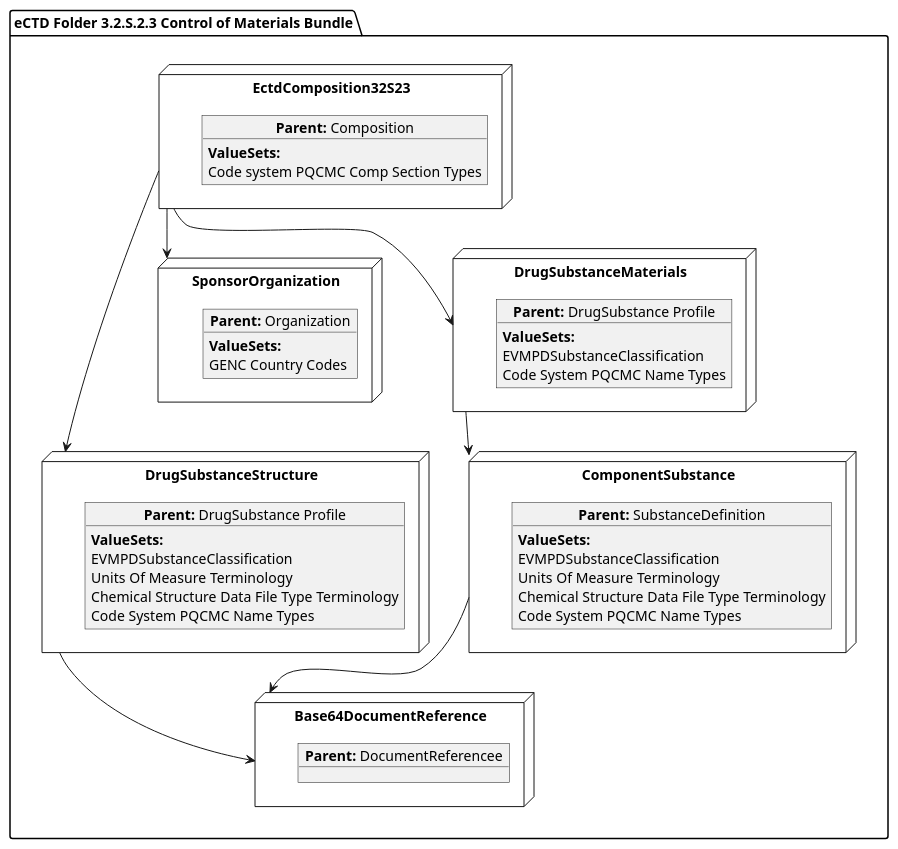
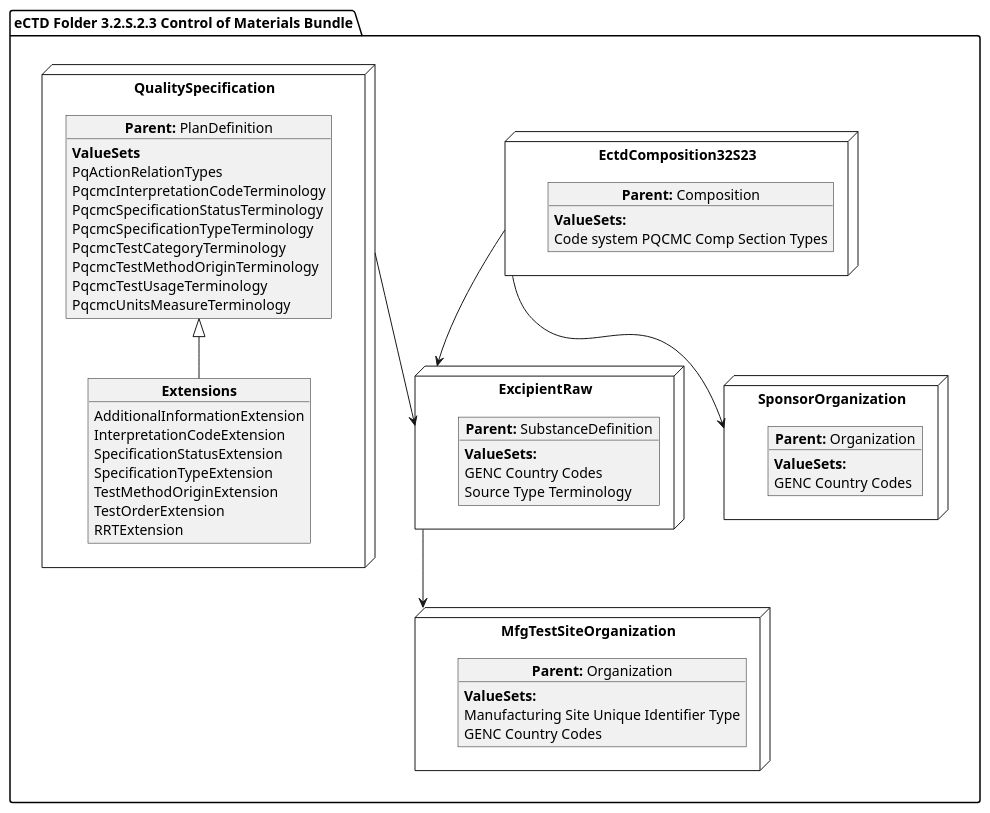
Before and after one commit to HL7/FHIR-us-pq-cmc-fda: the diagram in input/images-source/SubstanceControlMat.plantuml, drawn with PlantUML. The commit also changed 50 other files, not shown here.

```diff
--- a/input/images-source/SubstanceControlMat.plantuml
+++ b/input/images-source/SubstanceControlMat.plantuml
@@ -1,59 +1,64 @@
 @startuml
 allowmixing
 'Mixed model of use case and object
 package "eCTD Folder 3.2.S.2.3 Control of Materials Bundle" as NODES {
-  node "DrugSubstanceStructure" as N21 { 
-      object "**Parent:** DrugSubstance Profile" as obj22 {
-        **ValueSets:**
-        EVMPDSubstanceClassification
-        Units Of Measure Terminology
-        Chemical Structure Data File Type Terminology
-        Code System PQCMC Name Types
-    }
-}
-node "Base64DocumentReference" as NB64 { 
-      object "**Parent:** DocumentReferencee"  as obj64    
-}
-
+  
   node "EctdComposition32S23" as N1 { 
       object "**Parent:** Composition" as obj1 {
       **ValueSets:**
   Code system PQCMC Comp Section Types
     }
      
 }
-node "ComponentSubstance" as N2 { 
-      object "**Parent:** SubstanceDefinition" as obj2 {
-        **ValueSets:**
-        EVMPDSubstanceClassification
-        Units Of Measure Terminology
-        Chemical Structure Data File Type Terminology
-        Code System PQCMC Name Types
-    }
-     
-}
+
  node "SponsorOrganization" as NSO { 
       object "**Parent:** Organization" as objAu {
         **ValueSets:**
         GENC Country Codes
     }
 } 
-  node "DrugSubstanceMaterials" as NN { 
-      object "**Parent:** DrugSubstance Profile" as obj3 {
+  node "ExcipientRaw" as N21 { 
+      object "**Parent:** SubstanceDefinition" as obj22 {
         **ValueSets:**
-        EVMPDSubstanceClassification
-        Code System PQCMC Name Types 
-      }
-    
+          GENC Country Codes
+          Source Type Terminology
+    }
+}
+node "MfgTestSiteOrganization" as N21mfg { 
+    object "**Parent:** Organization" as objTS  {
+        **ValueSets:**
+         Manufacturing Site Unique Identifier Type
+         GENC Country Codes
+    }
 }
 
+ node "QualitySpecification" as N2 { 
+      object "**Parent:** PlanDefinition" as obj2 {
+        **ValueSets**
+        PqActionRelationTypes
+        PqcmcInterpretationCodeTerminology
+        PqcmcSpecificationStatusTerminology
+        PqcmcSpecificationTypeTerminology
+        PqcmcTestCategoryTerminology
+        PqcmcTestMethodOriginTerminology
+        PqcmcTestUsageTerminology
+        PqcmcUnitsMeasureTerminology
+    }
+        object "**Extensions**" as objQSEx {
+        AdditionalInformationExtension
+        InterpretationCodeExtension
+        SpecificationStatusExtension
+        SpecificationTypeExtension
+        TestMethodOriginExtension
+        TestOrderExtension
+        RRTExtension
+    }
+    obj2 <|-- objQSEx
+}
 
 N1 --> N21
-N1 --> NN
-NN --> N2
-
-N2 --> NB64
-N21 --> NB64
+N2 --> N21
 N1 --> NSO
+N21 --> N21mfg
 }
 @enduml
```
